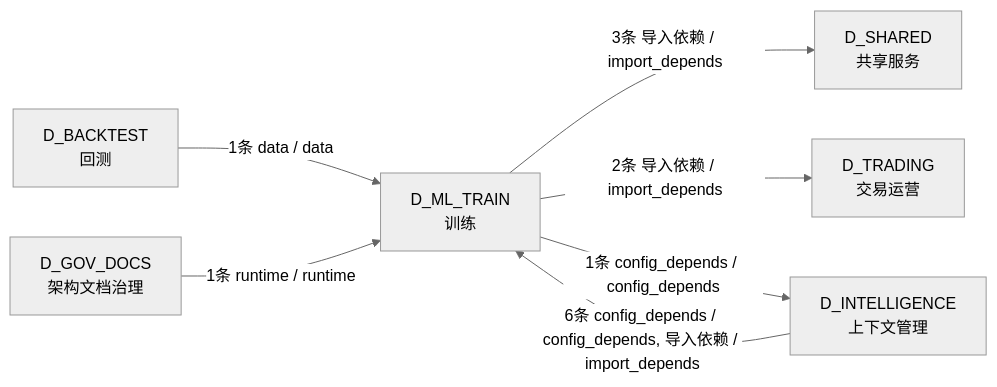
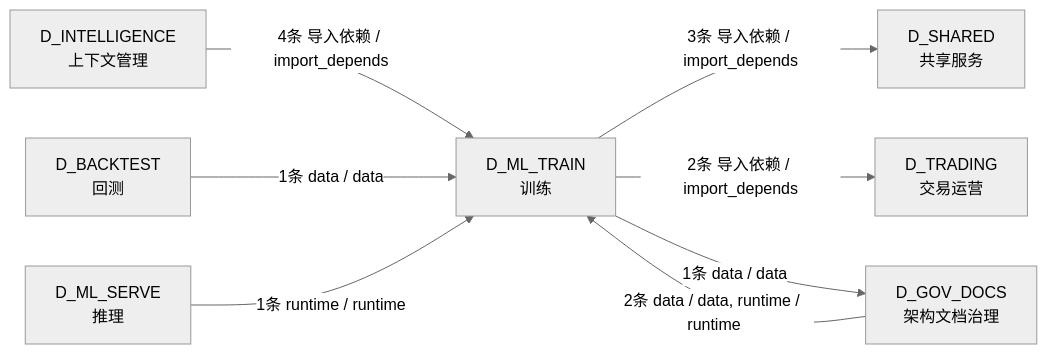
Before and after one commit to xuanFelixVan/ZephyrAlpha: the fourth of 4 diagrams in docs/02_enterprise_architecture/02_domain_architecture_docs/50_d_ml_train.md, drawn with Mermaid (neutral theme). The commit also changed other lines of this file and 126 other files, not shown here.

````diff
--- a/docs/02_enterprise_architecture/02_domain_architecture_docs/50_d_ml_train.md
+++ b/docs/02_enterprise_architecture/02_domain_architecture_docs/50_d_ml_train.md
@@ -212,15 +203,17 @@
 ```mermaid
 graph LR
     D_ML_TRAIN["D_ML_TRAIN<br/>训练"]
     D_SHARED["D_SHARED<br/>共享服务"]
     D_TRADING["D_TRADING<br/>交易运营"]
+    D_GOV_DOCS["D_GOV_DOCS<br/>架构文档治理"]
     D_INTELLIGENCE["D_INTELLIGENCE<br/>上下文管理"]
     D_BACKTEST["D_BACKTEST<br/>回测"]
-    D_GOV_DOCS["D_GOV_DOCS<br/>架构文档治理"]
+    D_ML_SERVE["D_ML_SERVE<br/>推理"]
     D_ML_TRAIN -->|3条 导入依赖 / import_depends| D_SHARED
     D_ML_TRAIN -->|2条 导入依赖 / import_depends| D_TRADING
-    D_ML_TRAIN -->|1条 config_depends / config_depends| D_INTELLIGENCE
-    D_INTELLIGENCE -->|6条 config_depends / config_depends, 导入依赖 / import_depends| D_ML_TRAIN
+    D_ML_TRAIN -->|1条 data / data| D_GOV_DOCS
+    D_INTELLIGENCE -->|4条 导入依赖 / import_depends| D_ML_TRAIN
+    D_GOV_DOCS -->|2条 data / data, runtime / runtime| D_ML_TRAIN
     D_BACKTEST -->|1条 data / data| D_ML_TRAIN
-    D_GOV_DOCS -->|1条 runtime / runtime| D_ML_TRAIN
+    D_ML_SERVE -->|1条 runtime / runtime| D_ML_TRAIN
 ```
````
